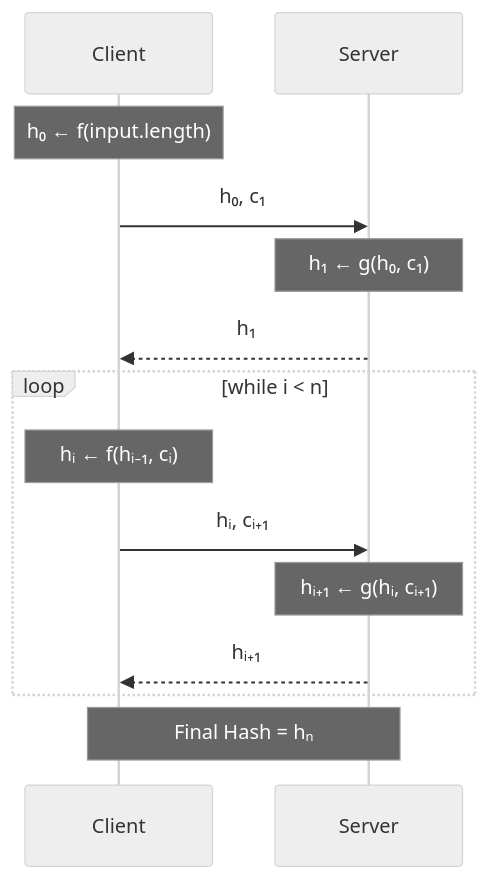
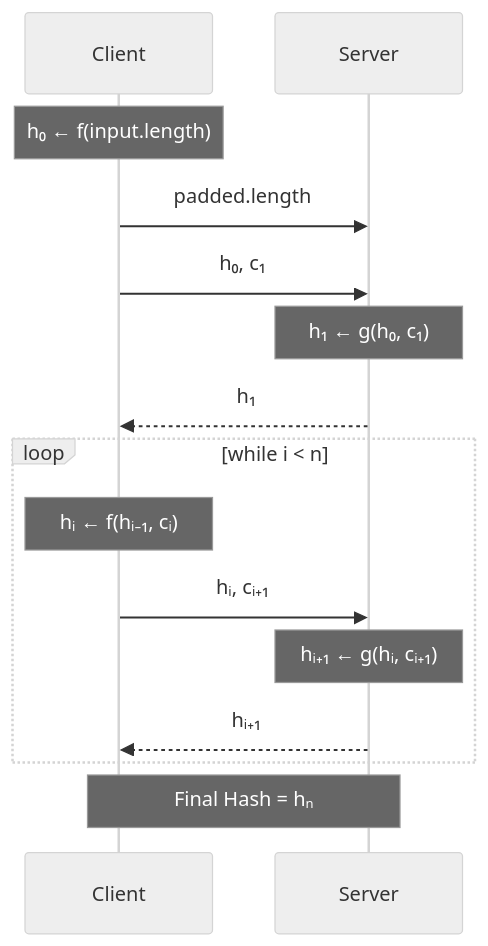
One commit to PeanutButterRat/cryptoserve changed the first of 2 diagrams in docs/source/exercises/simple_hash.rst. Above: the diagram before and after it, drawn with Mermaid (neutral theme). The commit also changed other lines of this file and 13 other files, not shown here.

```diff
--- a/docs/source/exercises/simple_hash.rst
+++ b/docs/source/exercises/simple_hash.rst
@@ -87,19 +89,20 @@
 .. mermaid::
 
    sequenceDiagram
       participant Client
       participant Server
 
       Note over Client: h₀ ← f(input.length)
+      Client->>Server: padded.length
       Client->>Server: h₀, c₁
       Note over Server: h₁ ← g(h₀, c₁)
       Server-->>Client: h₁
 
       loop while i < n
          Note over Client: hᵢ ← f(hᵢ₋₁, cᵢ)
          Client->>Server: hᵢ, cᵢ₊₁
          Note over Server: hᵢ₊₁ ← g(hᵢ, cᵢ₊₁)
          Server-->>Client: hᵢ₊₁
       end
 
       Note over Client, Server: Final Hash = hₙ
```
